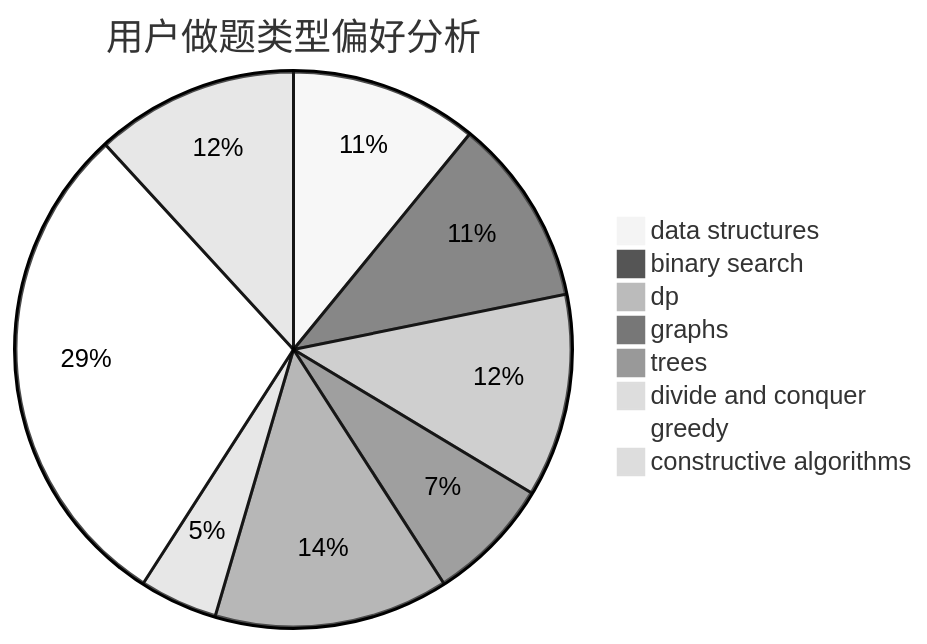
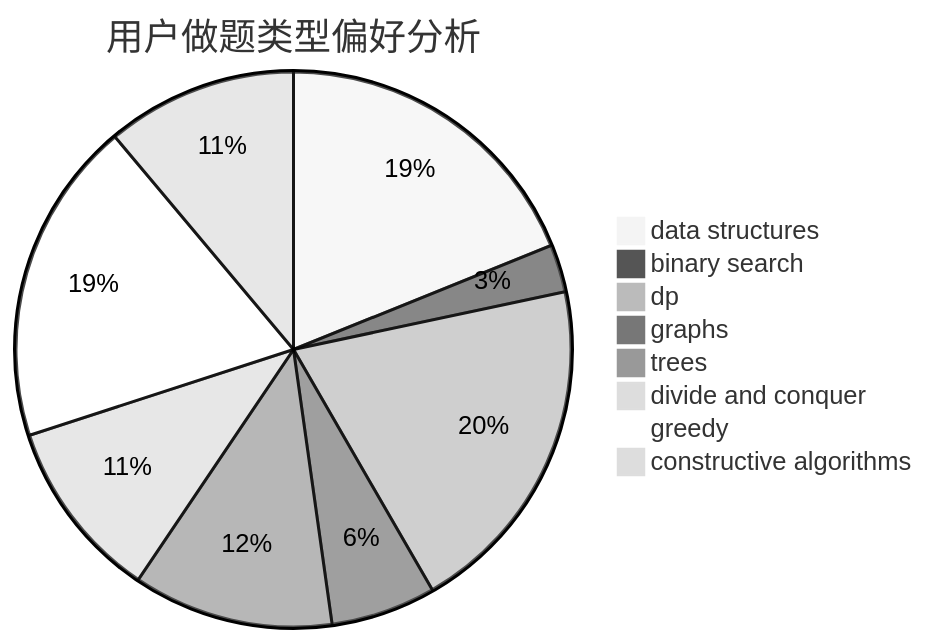
One commit to sherpahu/cfrs.github.io changed the second of 3 diagrams in docs/user/u2231.md. Above: the diagram before and after it, drawn with Mermaid (neutral theme). The commit also changed other lines of this file and 2770 other files, not shown here.

````diff
--- a/docs/user/u2231.md
+++ b/docs/user/u2231.md
@@ -23,11 +23,11 @@
 ```mermaid
 pie title 用户做题类型偏好分析
-    "data structures" :  12
-    "binary search" :  12
-    "dp" :  13
-    "graphs" :  8
-    "trees" :  15
-    "divide and conquer" :  5
-    "greedy" :  32
-    "constructive algorithms" :  13
+    "data structures" :  34
+    "binary search" :  5
+    "dp" :  36
+    "graphs" :  11
+    "trees" :  21
+    "divide and conquer" :  19
+    "greedy" :  34
+    "constructive algorithms" :  20
 ```
````
